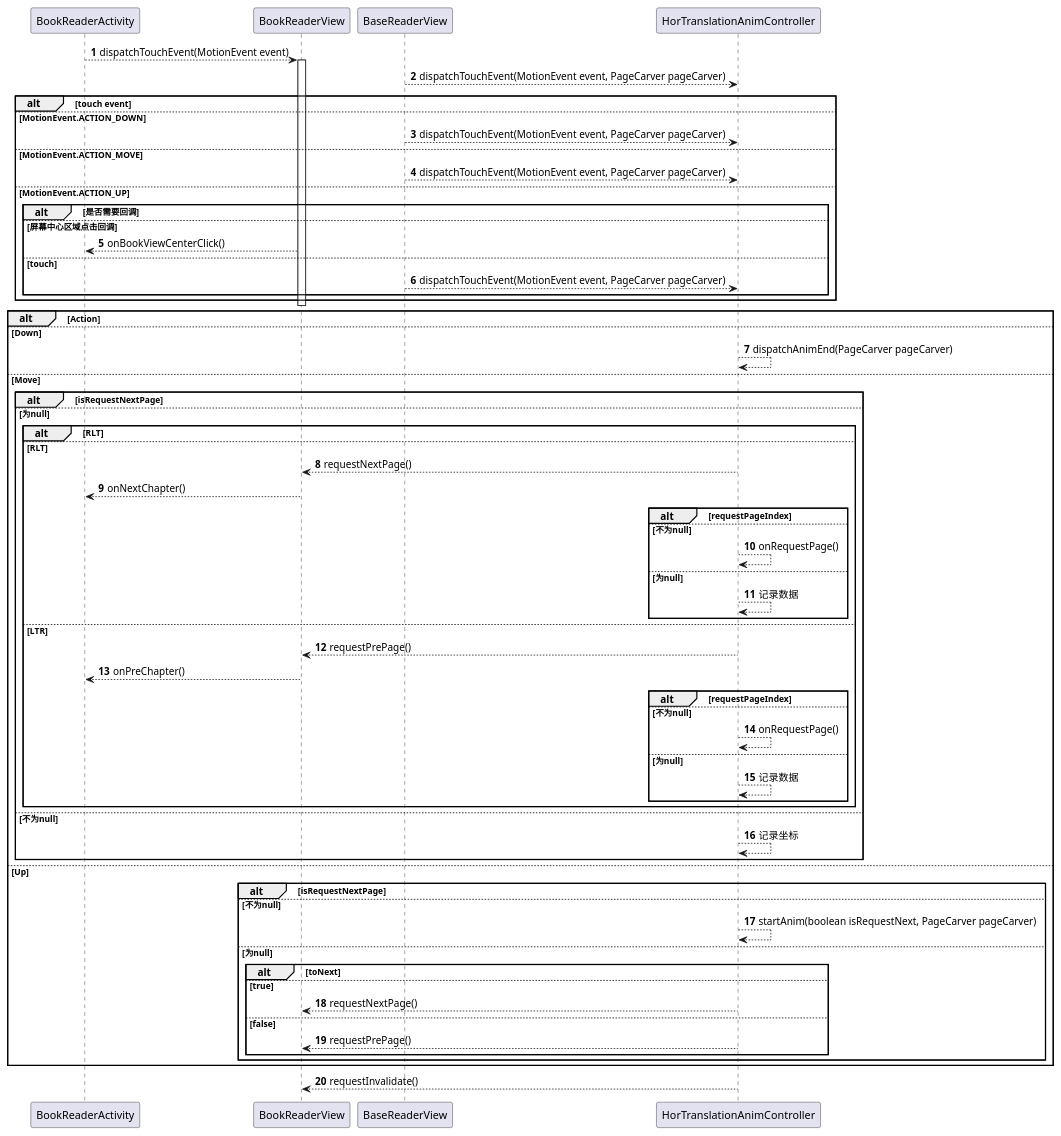
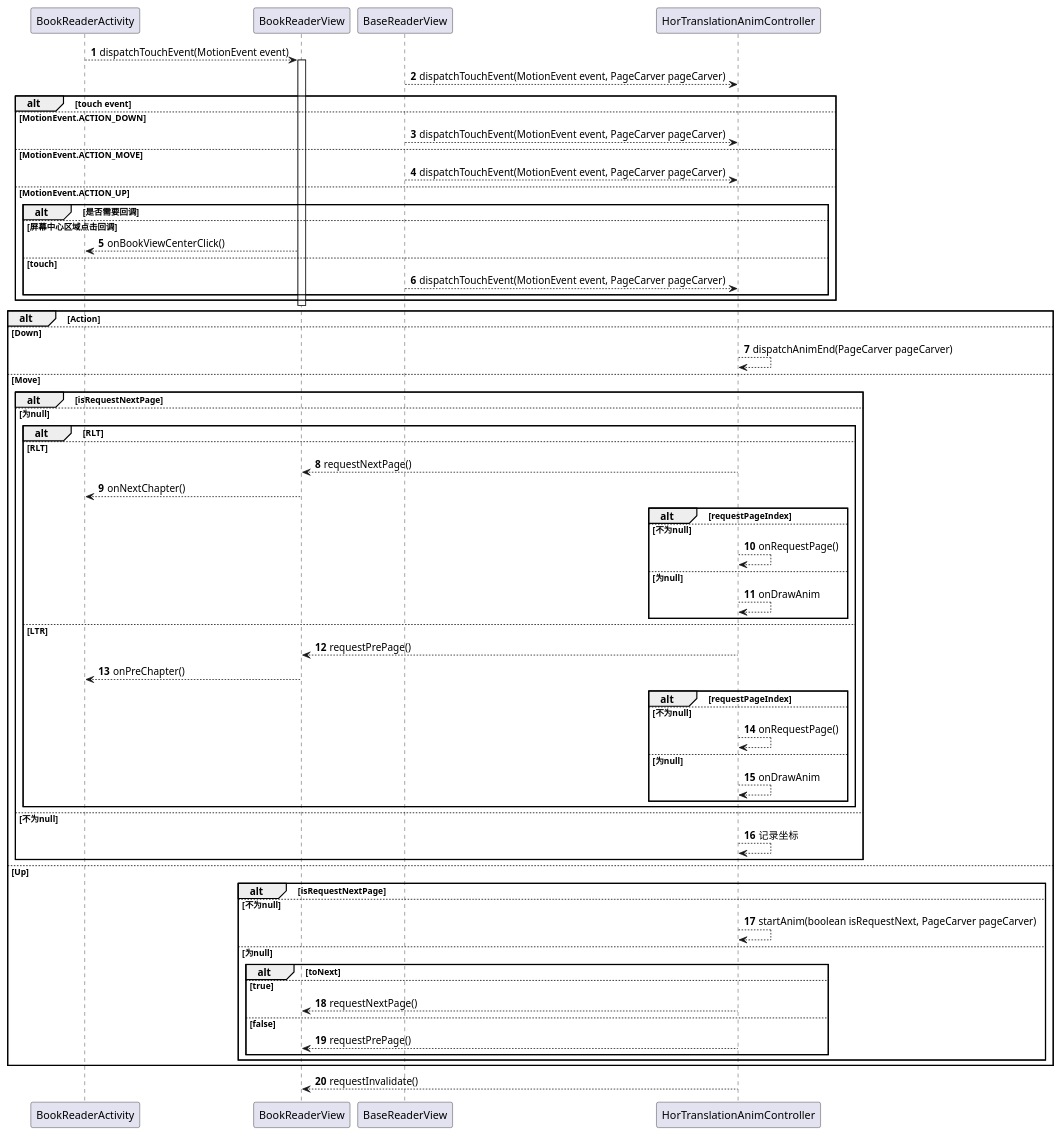
The diagram in uml/reader/module/reader/sequence/reader_touch.puml (yufns/uml), drawn with PlantUML before and after one commit. The commit also changed 9 other files, not shown here.

```diff
--- a/uml/reader/module/reader/sequence/reader_touch.puml
+++ b/uml/reader/module/reader/sequence/reader_touch.puml
@@ -1,77 +1,77 @@
 @startuml
 autonumber
 BookReaderActivity --> BookReaderView : dispatchTouchEvent(MotionEvent event)
 
 
 activate BookReaderView
 BaseReaderView --> HorTranslationAnimController : dispatchTouchEvent(MotionEvent event, PageCarver pageCarver)
 alt touch event
 else MotionEvent.ACTION_DOWN
 BaseReaderView --> HorTranslationAnimController : dispatchTouchEvent(MotionEvent event, PageCarver pageCarver)
 
 else MotionEvent.ACTION_MOVE
 BaseReaderView --> HorTranslationAnimController : dispatchTouchEvent(MotionEvent event, PageCarver pageCarver)
 
 else MotionEvent.ACTION_UP
 alt 是否需要回调
 else 屏幕中心区域点击回调
 BookReaderView --> BookReaderActivity : onBookViewCenterClick()
 else touch
 BaseReaderView --> HorTranslationAnimController : dispatchTouchEvent(MotionEvent event, PageCarver pageCarver)
 
 end
 end
 deactivate BookReaderView
 
 
 
 
 
 alt Action
 else Down
 HorTranslationAnimController -->  HorTranslationAnimController : dispatchAnimEnd(PageCarver pageCarver)
 
 else Move
   alt isRequestNextPage
     else 为null
       alt RLT
       else RLT
         HorTranslationAnimController --> BookReaderView : requestNextPage()
         BookReaderView --> BookReaderActivity : onNextChapter()
         alt requestPageIndex
           else 不为null
             HorTranslationAnimController --> HorTranslationAnimController : onRequestPage()
           else 为null
-            HorTranslationAnimController --> HorTranslationAnimController : 记录数据
+            HorTranslationAnimController --> HorTranslationAnimController : onDrawAnim
         end
       else LTR
         HorTranslationAnimController --> BookReaderView : requestPrePage()
         BookReaderView --> BookReaderActivity : onPreChapter()
         alt requestPageIndex
           else 不为null
             HorTranslationAnimController --> HorTranslationAnimController : onRequestPage()
           else 为null
-            HorTranslationAnimController --> HorTranslationAnimController : 记录数据
+            HorTranslationAnimController --> HorTranslationAnimController : onDrawAnim
         end
       end
     else 不为null
       HorTranslationAnimController --> HorTranslationAnimController : 记录坐标
   end
 
 else Up
   alt isRequestNextPage
   else 不为null
     HorTranslationAnimController --> HorTranslationAnimController : startAnim(boolean isRequestNext, PageCarver pageCarver)
   else 为null
     alt toNext
       else true
         HorTranslationAnimController --> BookReaderView : requestNextPage()
       else false
         HorTranslationAnimController --> BookReaderView : requestPrePage()
     end
   end
 end
 HorTranslationAnimController --> BookReaderView : requestInvalidate()
 
 
 @enduml
```
